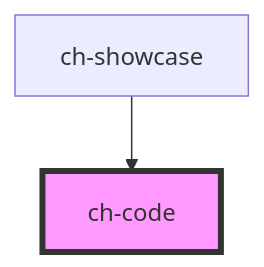
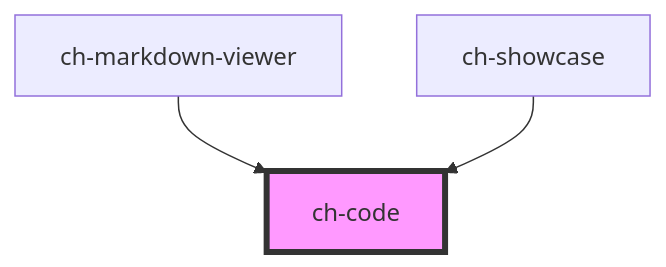
Before and after one commit to genexuslabs/chameleon-controls-library: the diagram in src/components/code/readme.md, drawn with Mermaid. The commit also changed other lines of this file and 8 other files, not shown here.

````diff
--- a/src/components/code/readme.md
+++ b/src/components/code/readme.md
@@ -35,5 +84,6 @@
 ```mermaid
 graph TD;
+  ch-markdown-viewer --> ch-code
   ch-showcase --> ch-code
   style ch-code fill:#f9f,stroke:#333,stroke-width:4px
 ```
````
